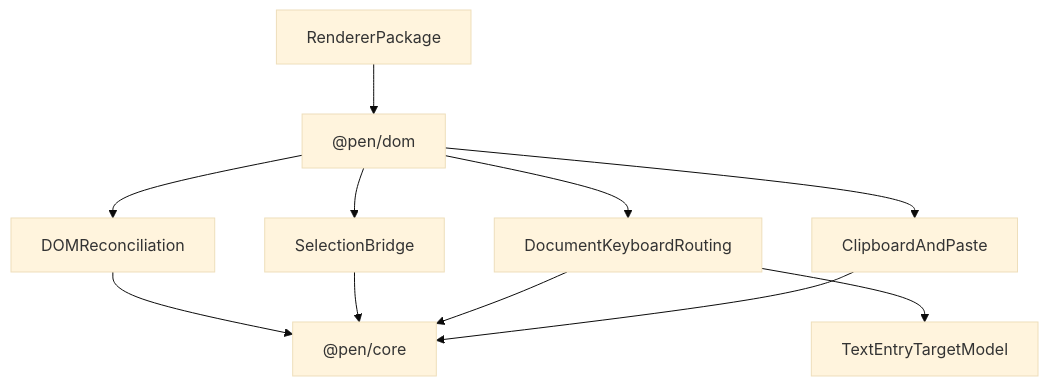
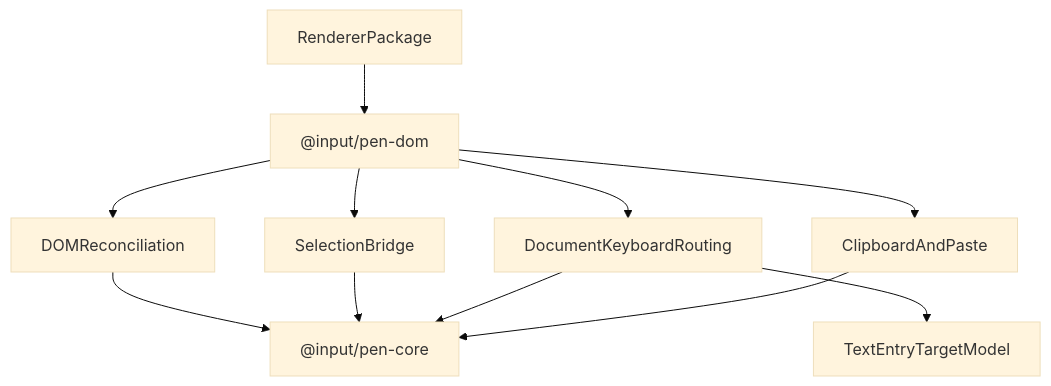
Before and after one commit to JayaKrishnaNamburu/pen: the diagram in spec/packages/rendering/dom.md, drawn with Mermaid (base theme). The commit also changed other lines of this file and 989 other files, not shown here.

First line of the commit message:
Update package names and configurations to reflect rebranding from '@pen' to '@input'

````diff
--- a/spec/packages/rendering/dom.md
+++ b/spec/packages/rendering/dom.md
@@ -29,22 +29,22 @@
 ```mermaid
 flowchart TD
   Renderer[RendererPackage]
-  Dom["@pen/dom"]
+  Dom["@input/pen-dom"]
   Reconcile[DOMReconciliation]
   Selection[SelectionBridge]
   Keyboard[DocumentKeyboardRouting]
   TextEntry[TextEntryTargetModel]
   Clipboard[ClipboardAndPaste]
-  Core["@pen/core"]
+  Core["@input/pen-core"]
 
   Renderer --> Dom
   Dom --> Reconcile
   Dom --> Selection
   Dom --> Keyboard
   Keyboard --> TextEntry
   Dom --> Clipboard
   Reconcile --> Core
   Selection --> Core
   Keyboard --> Core
   Clipboard --> Core
 ```
````
